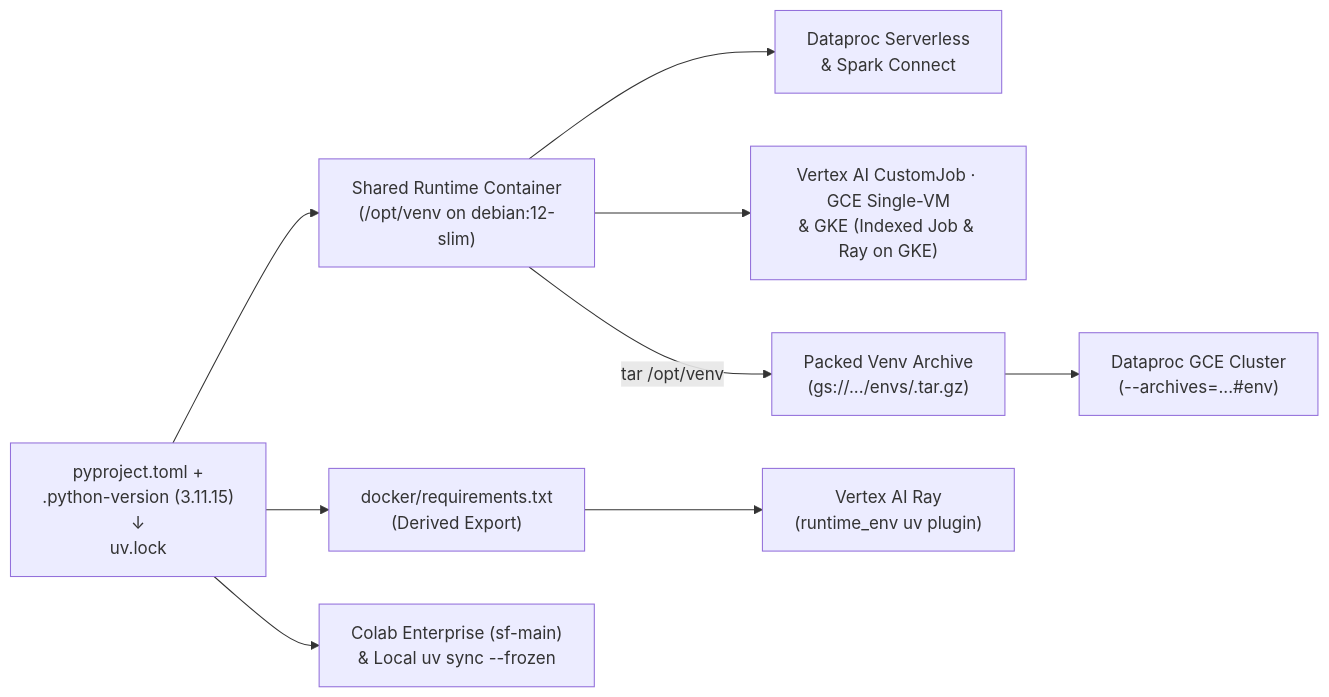
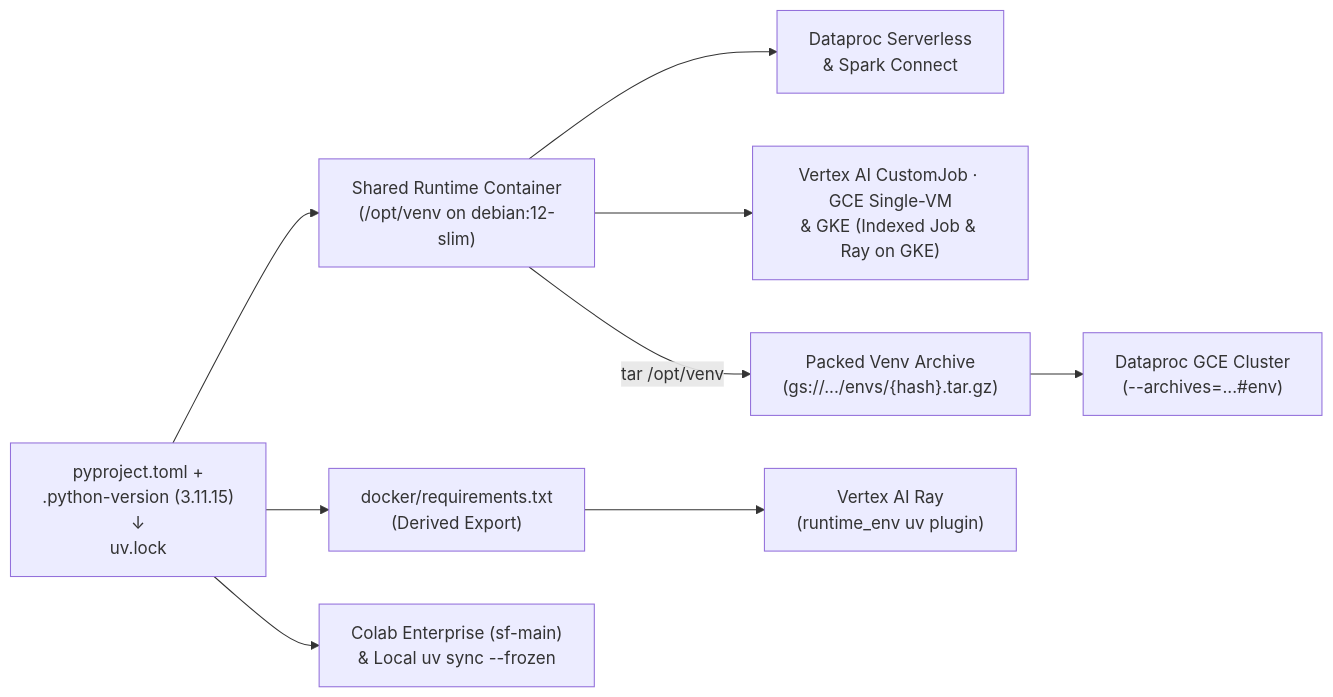
Before and after one commit to statmike/scale-forecasting: the diagram in docs/runtime_dependencies.md, drawn with Mermaid. The commit also changed 14 other files, not shown here.

Commit message:
docs(mermaid): reconfigure wide diagrams to vertical TD layout with concise labels

````diff
--- a/docs/runtime_dependencies.md
+++ b/docs/runtime_dependencies.md
@@ -34,11 +34,11 @@
 ```mermaid
 flowchart LR
     Lock["pyproject.toml +<br/>.python-version (3.11.15)<br/>↓<br/>uv.lock"] --> Req["docker/requirements.txt<br/>(Derived Export)"]
     Lock --> Img["Shared Runtime Container<br/>(/opt/venv on debian:12-slim)"]
     Img --> Sless["Dataproc Serverless<br/>& Spark Connect"]
     Img --> Vtx["Vertex AI CustomJob · GCE Single-VM<br/>& GKE (Indexed Job & Ray on GKE)"]
-    Img -->|"tar /opt/venv"| Venv["Packed Venv Archive<br/>(gs://.../envs/<hash>.tar.gz)"]
+    Img -->|"tar /opt/venv"| Venv["Packed Venv Archive<br/>(gs://.../envs/{hash}.tar.gz)"]
     Venv --> Cluster["Dataproc GCE Cluster<br/>(--archives=...#env)"]
     Req --> RayEnv["Vertex AI Ray<br/>(runtime_env uv plugin)"]
     Lock --> Colab["Colab Enterprise (sf-main)<br/>& Local uv sync --frozen"]
 ```
````
